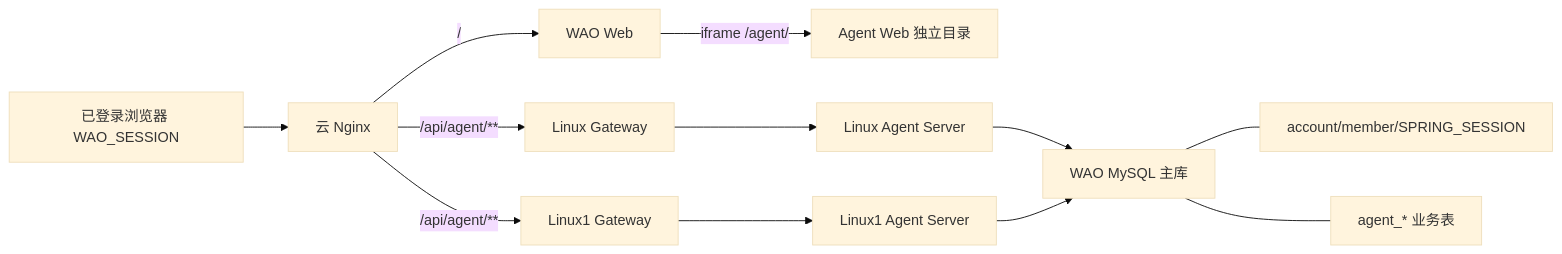
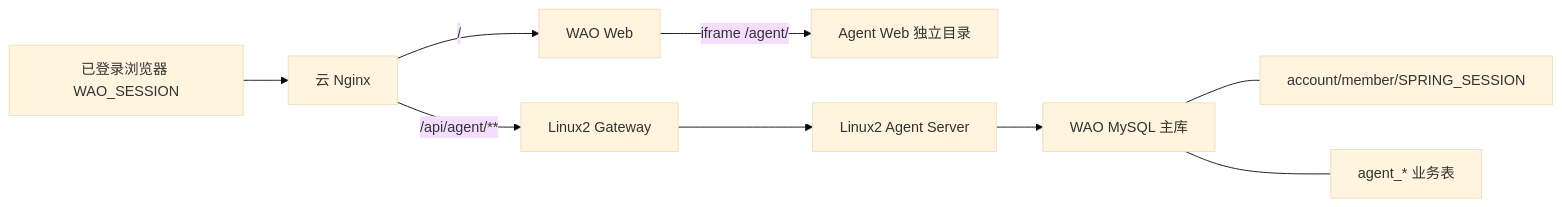
Before and after one commit to wayuwadi/wao: the diagram in docs/architecture/media-automation-agent.md, drawn with Mermaid (base theme). The commit also changed other lines of this file and 200 other files, not shown here.

````diff
--- a/docs/architecture/media-automation-agent.md
+++ b/docs/architecture/media-automation-agent.md
@@ -9,14 +9,11 @@
 ```mermaid
 flowchart LR
     U["已登录浏览器 WAO_SESSION"] --> N["云 Nginx"]
     N -->|/| WW["WAO Web"]
     WW -->|iframe /agent/| AW["Agent Web 独立目录"]
-    N -->|/api/agent/**| GM["Linux Gateway"]
-    N -->|/api/agent/**| GS["Linux1 Gateway"]
-    GM --> AM["Linux Agent Server"]
-    GS --> AS["Linux1 Agent Server"]
-    AM --> DB["WAO MySQL 主库"]
-    AS --> DB
+    N -->|/api/agent/**| G["Linux2 Gateway"]
+    G --> A["Linux2 Agent Server"]
+    A --> DB["WAO MySQL 主库"]
     DB --- ID["account/member/SPRING_SESSION"]
     DB --- AD["agent_* 业务表"]
 ```
````
